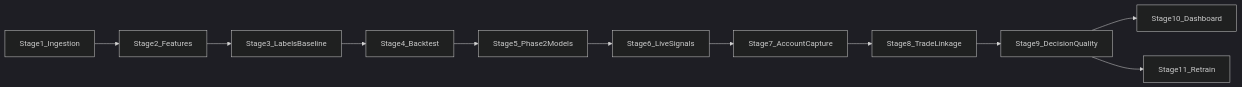
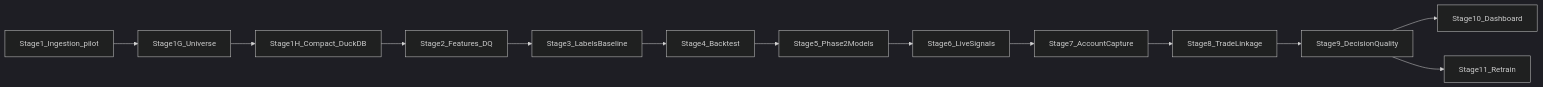
The diagram in PROJECT_PLAN.md (HitenSambhwani27/nse-signal-pipeline), drawn with Mermaid (dark theme) before and after one commit. The commit also changed other lines of this file and 35 other files, not shown here.

````diff
--- a/PROJECT_PLAN.md
+++ b/PROJECT_PLAN.md
@@ -35,13 +38,15 @@
 ```mermaid
 flowchart LR
-  Stage1[Stage1_Ingestion] --> Stage2[Stage2_Features]
+  Stage1[Stage1_Ingestion_pilot] --> Stage1G[Stage1G_Universe]
+  Stage1G --> Stage1H[Stage1H_Compact_DuckDB]
+  Stage1H --> Stage2[Stage2_Features_DQ]
   Stage2 --> Stage3[Stage3_LabelsBaseline]
   Stage3 --> Stage4[Stage4_Backtest]
   Stage4 --> Stage5[Stage5_Phase2Models]
   Stage5 --> Stage6[Stage6_LiveSignals]
   Stage6 --> Stage7[Stage7_AccountCapture]
   Stage7 --> Stage8[Stage8_TradeLinkage]
   Stage8 --> Stage9[Stage9_DecisionQuality]
   Stage9 --> Stage10[Stage10_Dashboard]
   Stage9 --> Stage11[Stage11_Retrain]
 ```
````
